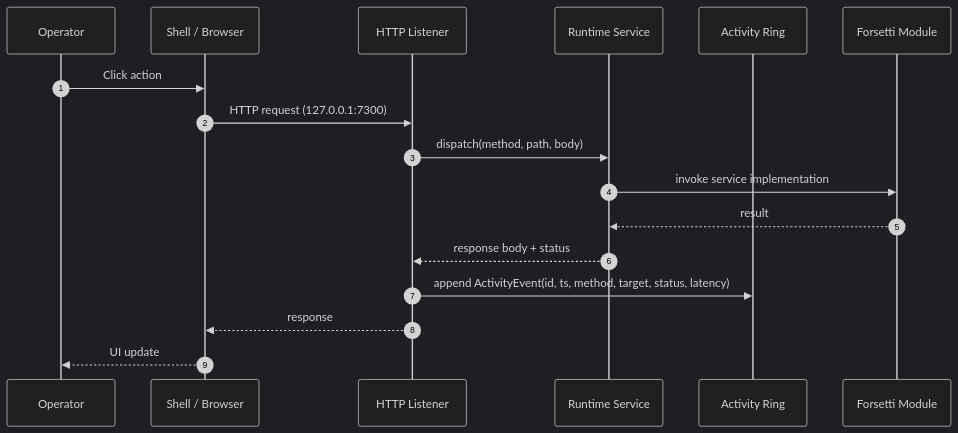
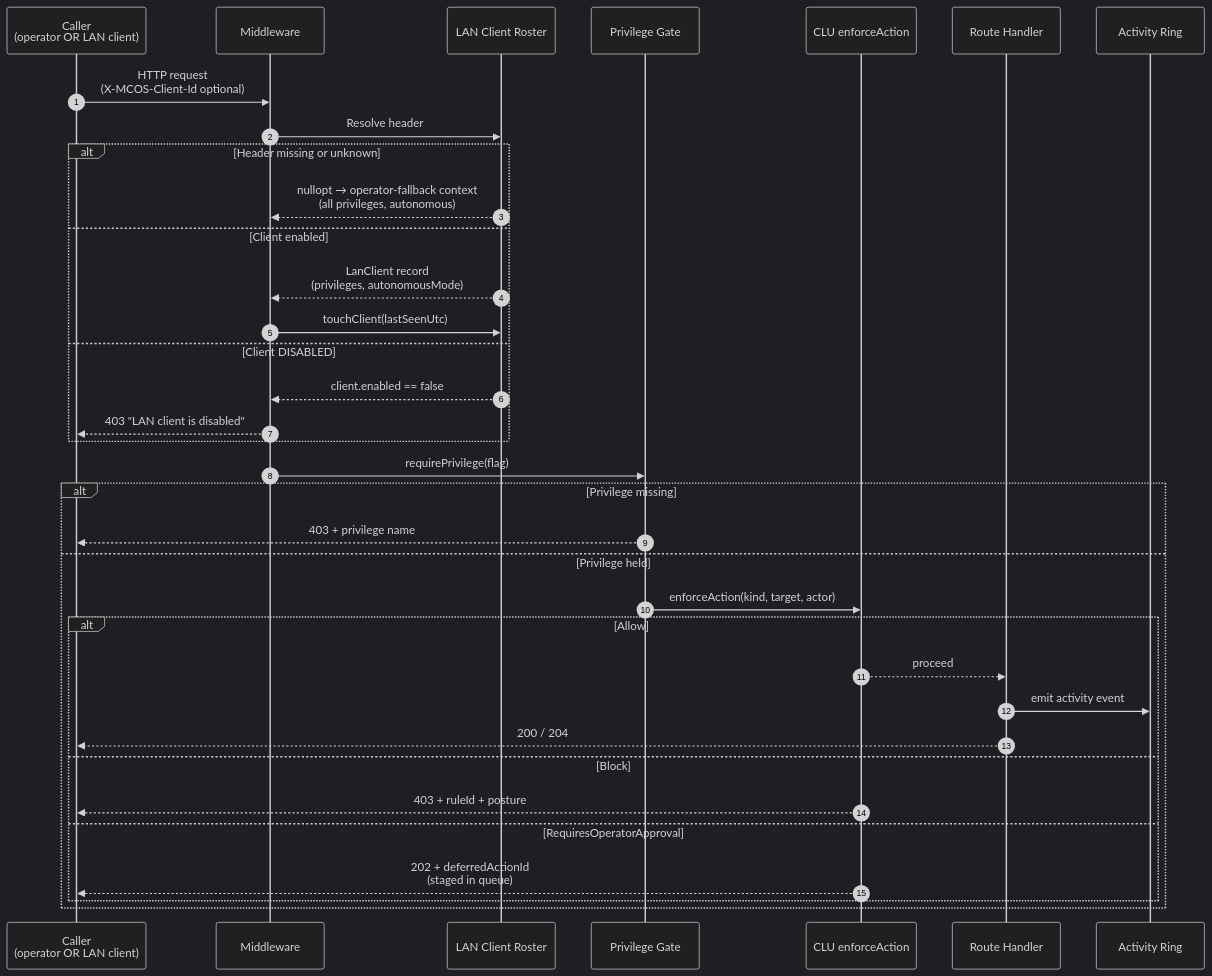
The second of 7 diagrams in docs/wiki/Architecture.md (flynn33/Master-Control-Orchestration-Server), drawn with Mermaid (dark theme) before and after one commit. The commit also changed other lines of this file and 66 other files, not shown here.

First line of the commit message:
release: v0.5.0 — LAN Client Control Plane + documentation overhaul

````diff
--- a/docs/wiki/Architecture.md
+++ b/docs/wiki/Architecture.md
@@ -116,20 +64,39 @@
 ```mermaid
 sequenceDiagram
     autonumber
-    participant U as Operator
-    participant S as Shell / Browser
-    participant H as HTTP Listener
-    participant R as Runtime Service
-    participant A as Activity Ring
-    participant F as Forsetti Module
+    participant Caller as Caller<br/>(operator OR LAN client)
+    participant MW as Middleware
+    participant Roster as LAN Client Roster
+    participant Gate as Privilege Gate
+    participant CLU as CLU enforceAction
+    participant Handler as Route Handler
+    participant Ring as Activity Ring
 
-    U->>S: Click action
-    S->>H: HTTP request (127.0.0.1:7300)
-    H->>R: dispatch(method, path, body)
-    R->>F: invoke service implementation
-    F-->>R: result
-    R-->>H: response body + status
-    H->>A: append ActivityEvent(id, ts, method, target, status, latency)
-    H-->>S: response
-    S-->>U: UI update
+    Caller->>MW: HTTP request<br/>(X-MCOS-Client-Id optional)
+    MW->>Roster: Resolve header
+    alt Header missing or unknown
+        Roster-->>MW: nullopt → operator-fallback context<br/>(all privileges, autonomous)
+    else Client enabled
+        Roster-->>MW: LanClient record<br/>(privileges, autonomousMode)
+        MW->>Roster: touchClient(lastSeenUtc)
+    else Client DISABLED
+        Roster-->>MW: client.enabled == false
+        MW-->>Caller: 403 "LAN client is disabled"
+    end
+
+    MW->>Gate: requirePrivilege(flag)
+    alt Privilege missing
+        Gate-->>Caller: 403 + privilege name
+    else Privilege held
+        Gate->>CLU: enforceAction(kind, target, actor)
+        alt Allow
+            CLU-->>Handler: proceed
+            Handler->>Ring: emit activity event
+            Handler-->>Caller: 200 / 204
+        else Block
+            CLU-->>Caller: 403 + ruleId + posture
+        else RequiresOperatorApproval
+            CLU-->>Caller: 202 + deferredActionId<br/>(staged in queue)
+        end
+    end
 ```
````
